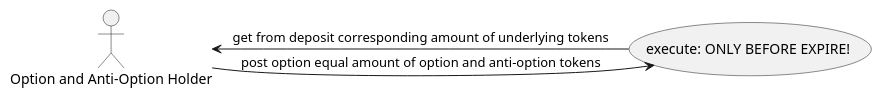
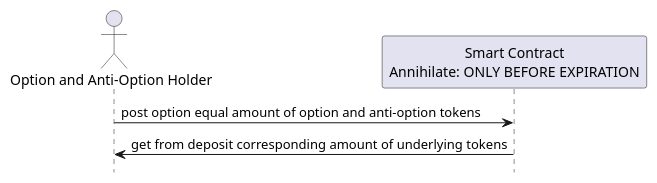
The diagram in docs/dias/annihilate.puml (mxn/eth_option), drawn with PlantUML before and after one commit. The commit also changed 5 other files, not shown here.

```diff
--- a/docs/dias/annihilate.puml
+++ b/docs/dias/annihilate.puml
@@ -1,9 +1,9 @@
 @startuml
-:Option and Anti-Option Holder: as Holder
-(execute: ONLY BEFORE EXPIRE!) as (annihilate)
+Actor "Option and Anti-Option Holder" as Holder
+participant "Smart Contract\nAnnihilate: ONLY BEFORE EXPIRATION" as annihilate
 
-Holder-> (annihilate): post option equal amount of option and anti-option tokens
+Holder-> annihilate: post option equal amount of option and anti-option tokens
+annihilate -> Holder: get from deposit corresponding amount of underlying tokens
 
-(annihilate) -> Holder: get from deposit corresponding amount of underlying tokens
-
+hide footbox
 @enduml
```
